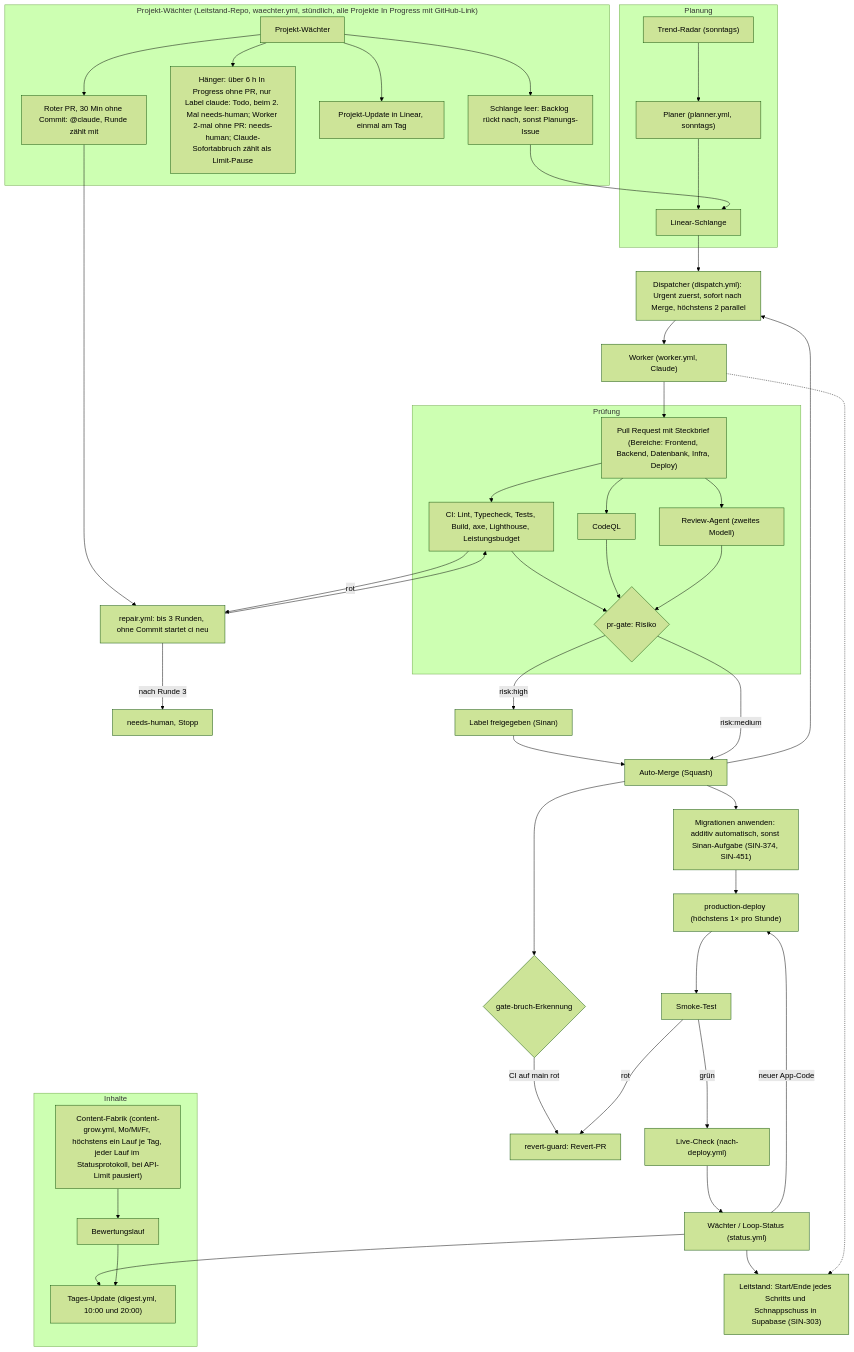
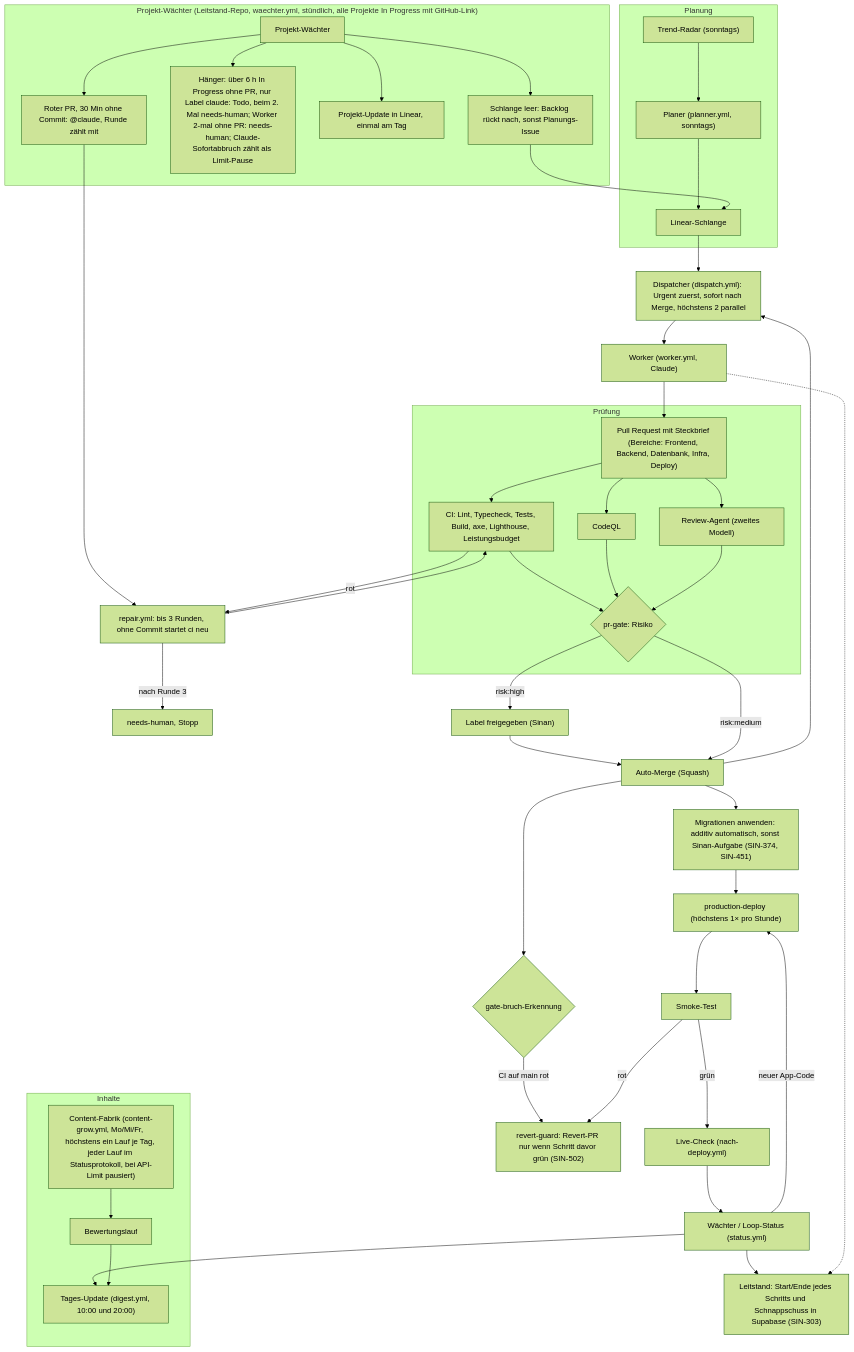
Before and after one commit to siinanXD/Content-Agent-Lernapp: the diagram in README.md, drawn with Mermaid (forest theme). The commit also changed 8 other files, not shown here.

Commit message:
fix(revert-guard): nur zurücknehmen, wenn derselbe Schritt davor grün war (SIN-502) (#312)

````diff
--- a/README.md
+++ b/README.md
@@ -72,51 +72,51 @@
 ```mermaid
 %% Pipeline-Ablauf des Loops, Stand main 09.10. (SIN-376). Quelle für das FigJam-Board „Pipeline-Ablauf“.
 %% Ändern sich .github/workflows/ oder scripts/autonomy/, diese Datei im selben PR anpassen.
 flowchart TD
   subgraph Planung
     Radar["Trend-Radar (sonntags)"] --> Planer
     Planer["Planer (planner.yml, sonntags)"] --> Schlange["Linear-Schlange"]
   end
   Schlange --> Dispatcher["Dispatcher (dispatch.yml): Urgent zuerst, sofort nach Merge, höchstens 2 parallel"]
   Dispatcher --> Worker["Worker (worker.yml, Claude)"]
   Worker --> PR["Pull Request mit Steckbrief (Bereiche: Frontend, Backend, Datenbank, Infra, Deploy)"]
   subgraph Prüfung
     PR --> CI["CI: Lint, Typecheck, Tests, Build, axe, Lighthouse, Leistungsbudget"]
     PR --> CodeQL["CodeQL"]
     PR --> Review["Review-Agent (zweites Modell)"]
     CI --> Gate{"pr-gate: Risiko"}
     CodeQL --> Gate
     Review --> Gate
   end
   CI -- rot --> Repair["repair.yml: bis 3 Runden, ohne Commit startet ci neu"]
   Repair --> CI
   Repair -- "nach Runde 3" --> Mensch["needs-human, Stopp"]
   Gate -- "risk:high" --> Freigabe["Label freigegeben (Sinan)"]
   Freigabe --> Merge
   Gate -- "risk:medium" --> Merge["Auto-Merge (Squash)"]
   Merge --> Dispatcher
   Merge --> Migr["Migrationen anwenden: additiv automatisch, sonst Sinan-Aufgabe (SIN-374, SIN-451)"]
   Merge --> Bruch{"gate-bruch-Erkennung"}
-  Bruch -- "CI auf main rot" --> Revert["revert-guard: Revert-PR"]
+  Bruch -- "CI auf main rot" --> Revert["revert-guard: Revert-PR nur wenn Schritt davor grün (SIN-502)"]
   Migr --> Deploy["production-deploy (höchstens 1× pro Stunde)"]
   Deploy --> Smoke["Smoke-Test"]
   Smoke -- rot --> Revert
   Smoke -- grün --> Live["Live-Check (nach-deploy.yml)"]
   Live --> Waechter["Wächter / Loop-Status (status.yml)"]
   Waechter -- "neuer App-Code" --> Deploy
   Waechter --> Update["Tages-Update (digest.yml, 10:00 und 20:00)"]
   Waechter --> Leitstand["Leitstand: Start/Ende jedes Schritts und Schnappschuss in Supabase (SIN-303)"]
   Worker -.-> Leitstand
   subgraph Projektwaechter["Projekt-Wächter (Leitstand-Repo, waechter.yml, stündlich, alle Projekte In Progress mit GitHub-Link)"]
     PW["Projekt-Wächter"] --> PWS["Schlange leer: Backlog rückt nach, sonst Planungs-Issue"]
     PW --> PWH["Hänger: über 6 h In Progress ohne PR, nur Label claude: Todo, beim 2. Mal needs-human; Worker 2-mal ohne PR: needs-human; Claude-Sofortabbruch zählt als Limit-Pause"]
     PW --> PWU["Projekt-Update in Linear, einmal am Tag"]
     PW --> PWR["Roter PR, 30 Min ohne Commit: @claude, Runde zählt mit"]
   end
   PWS --> Schlange
   PWR --> Repair
   subgraph Inhalte
     Fabrik["Content-Fabrik (content-grow.yml, Mo/Mi/Fr, höchstens ein Lauf je Tag, jeder Lauf im Statusprotokoll, bei API-Limit pausiert)"] --> Bewertung["Bewertungslauf"]
     Bewertung --> Update
   end
 ```
````
